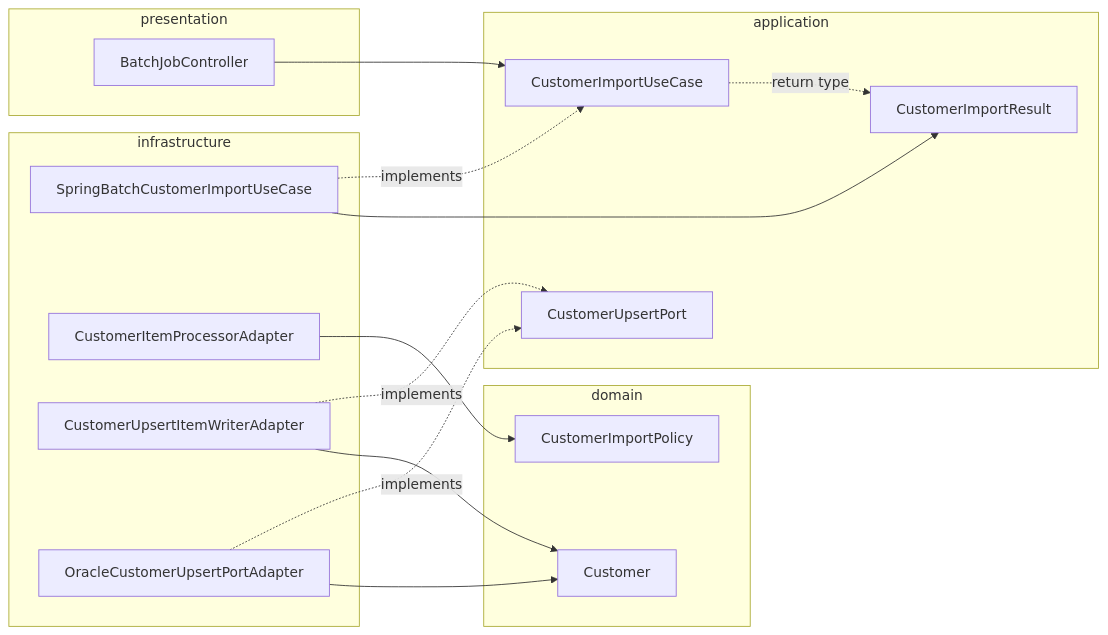
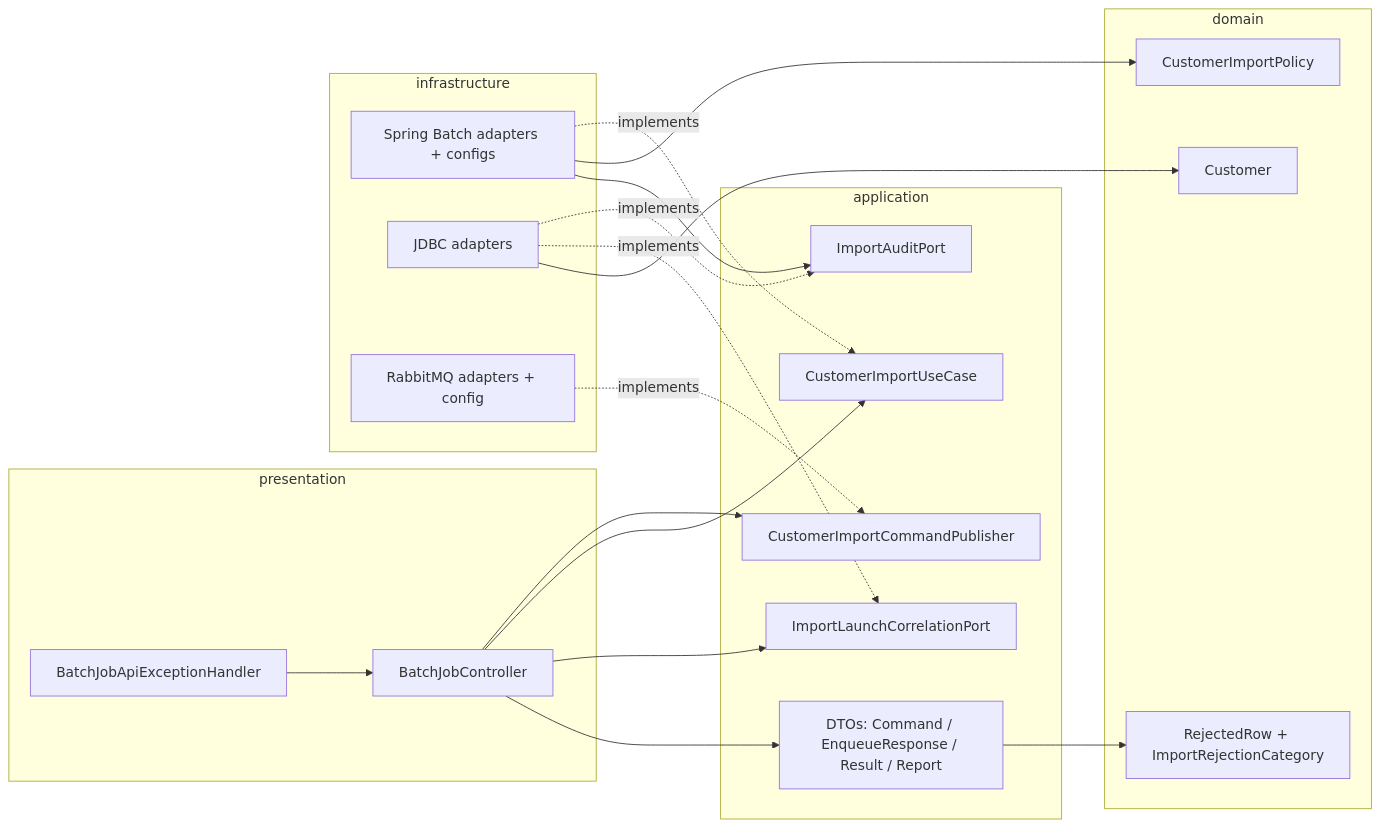
One commit to My-R360/spring-batch-demo changed the first of 6 diagrams in slidev/slides.md. Above: the diagram before and after it, drawn with Mermaid. The commit also changed other lines of this file and 66 other files, not shown here.

Commit message:
phase - 3 : Added rabbit MQ to delegate csv import requests to actual batching service

````diff
--- a/slidev/slides.md
+++ b/slidev/slides.md
@@ -41,30 +37,41 @@
 ```mermaid
 flowchart LR
   subgraph presentation
-    BC[BatchJobController]
+    API[BatchJobController]
+    EX[BatchJobApiExceptionHandler]
   end
+
   subgraph application
     UC[CustomerImportUseCase]
-    RES[CustomerImportResult]
-    PORT[CustomerUpsertPort]
+    PUB[CustomerImportCommandPublisher]
+    CORR[ImportLaunchCorrelationPort]
+    AUDIT[ImportAuditPort]
+    DTO[DTOs: Command / EnqueueResponse / Result / Report]
   end
+
   subgraph domain
     C[Customer]
-    POL[CustomerImportPolicy]
+    POLICY[CustomerImportPolicy]
+    REJ[RejectedRow + ImportRejectionCategory]
   end
+
   subgraph infrastructure
-    IMPL[SpringBatchCustomerImportUseCase]
-    PROC[CustomerItemProcessorAdapter]
-    W[CustomerUpsertItemWriterAdapter]
-    O[OracleCustomerUpsertPortAdapter]
+    BATCH[Spring Batch adapters + configs]
+    JDBC[JDBC adapters]
+    MQ[RabbitMQ adapters + config]
   end
-  BC --> UC
-  UC -.->|return type| RES
-  IMPL -.->|implements| UC
-  IMPL --> RES
-  PROC --> POL
-  W -.->|implements| PORT
-  O -.->|implements| PORT
-  W --> C
-  O --> C
+
+  API --> PUB
+  API --> UC
+  API --> CORR
+  API --> DTO
+  EX --> API
+  BATCH -.->|implements| UC
+  MQ -.->|implements| PUB
+  JDBC -.->|implements| AUDIT
+  JDBC -.->|implements| CORR
+  BATCH --> POLICY
+  BATCH --> AUDIT
+  JDBC --> C
+  DTO --> REJ
 ```
````
